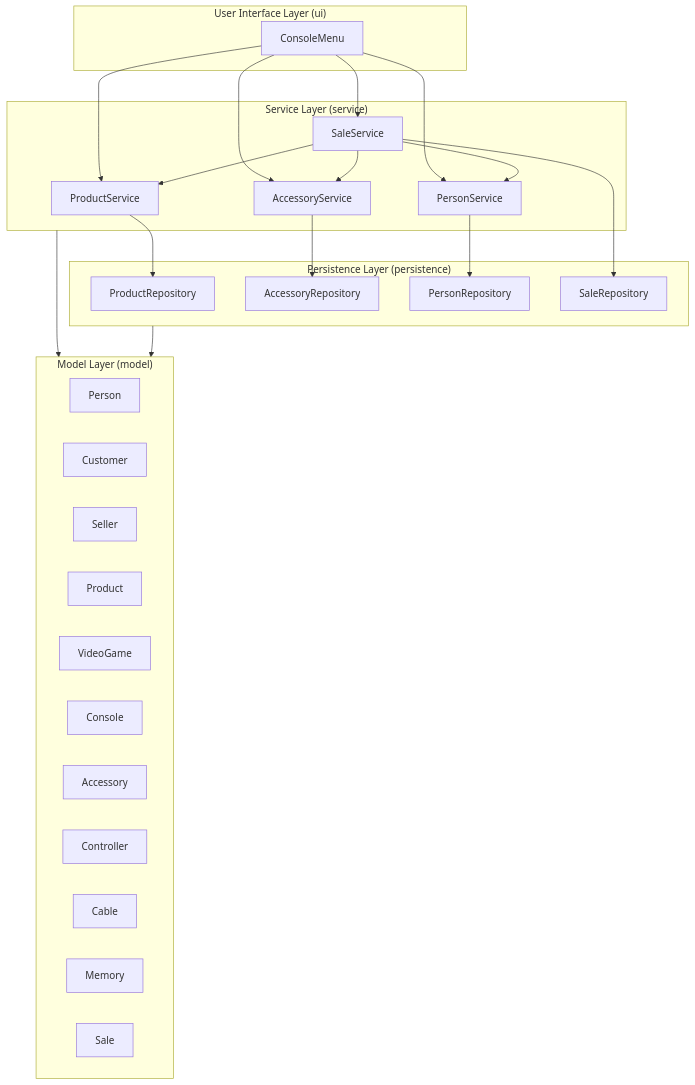
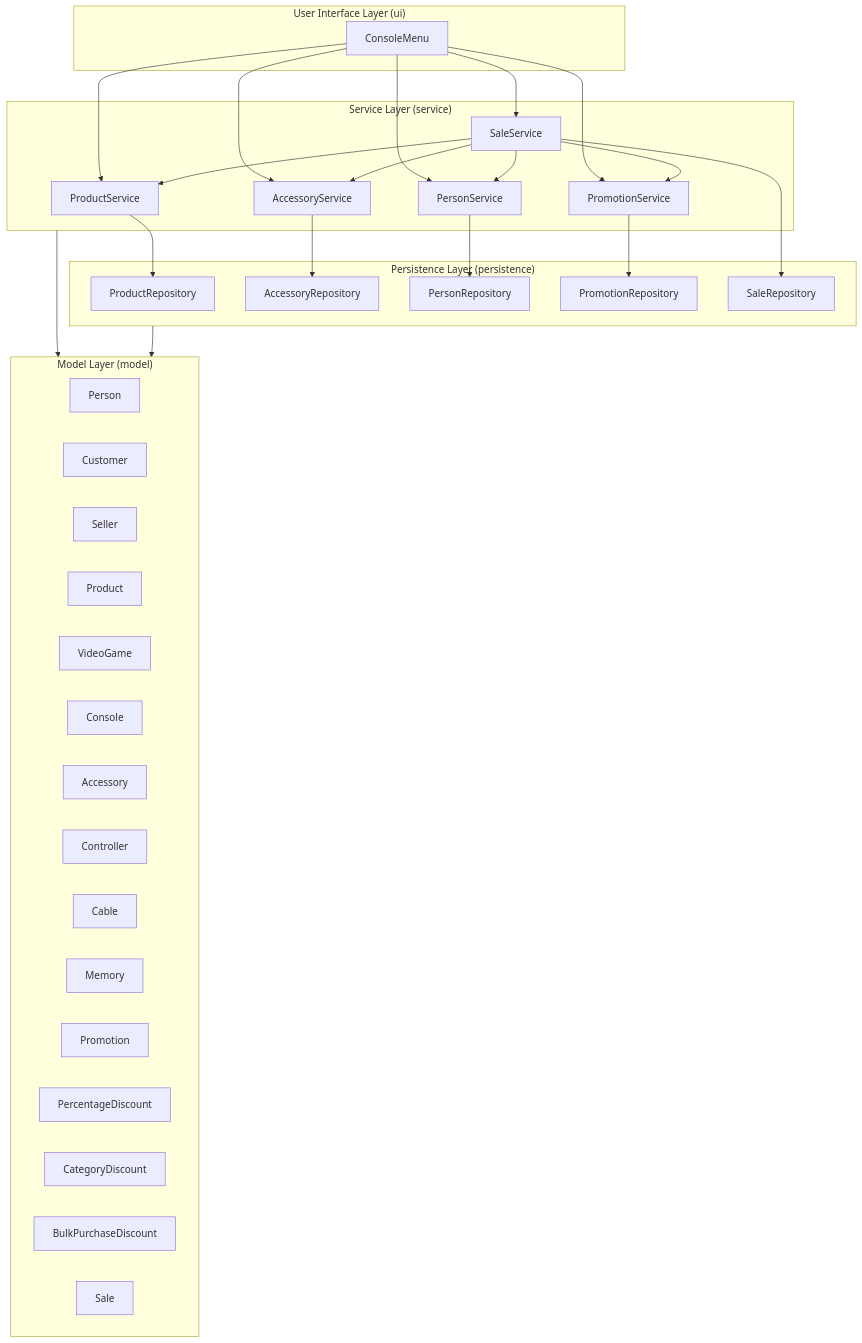
The diagram in docs/layers-diagram.md (samueldrangel/GameZoneUnicesar2), drawn with Mermaid before and after one commit.

Commit message:
docs:layers diagram was update with promotion classes

````diff
--- a/docs/layers-diagram.md
+++ b/docs/layers-diagram.md
@@ -1,51 +1,60 @@
 ```mermaid
 graph TD
     subgraph UI ["User Interface Layer (ui)"]
         ConsoleMenu
     end
 
     subgraph Service ["Service Layer (service)"]
         ProductService
         AccessoryService
         PersonService
+        PromotionService
         SaleService
     end
 
     subgraph Persistence ["Persistence Layer (persistence)"]
         ProductRepository
         AccessoryRepository
         PersonRepository
+        PromotionRepository
         SaleRepository
     end
 
     subgraph Model ["Model Layer (model)"]
         Person
         Customer
         Seller
         Product
         VideoGame
         Console
         Accessory
         Controller
         Cable
         Memory
+        Promotion
+        PercentageDiscount
+        CategoryDiscount
+        BulkPurchaseDiscount
         Sale
     end
 
     ConsoleMenu --> ProductService
     ConsoleMenu --> AccessoryService
     ConsoleMenu --> PersonService
+    ConsoleMenu --> PromotionService
     ConsoleMenu --> SaleService
 
     ProductService --> ProductRepository
     AccessoryService --> AccessoryRepository
     PersonService --> PersonRepository
+    PromotionService --> PromotionRepository
     SaleService --> SaleRepository
 
     SaleService --> ProductService
     SaleService --> AccessoryService
     SaleService --> PersonService
+    SaleService --> PromotionService
 
     Service --> Model
     Persistence --> Model
 ```
````
